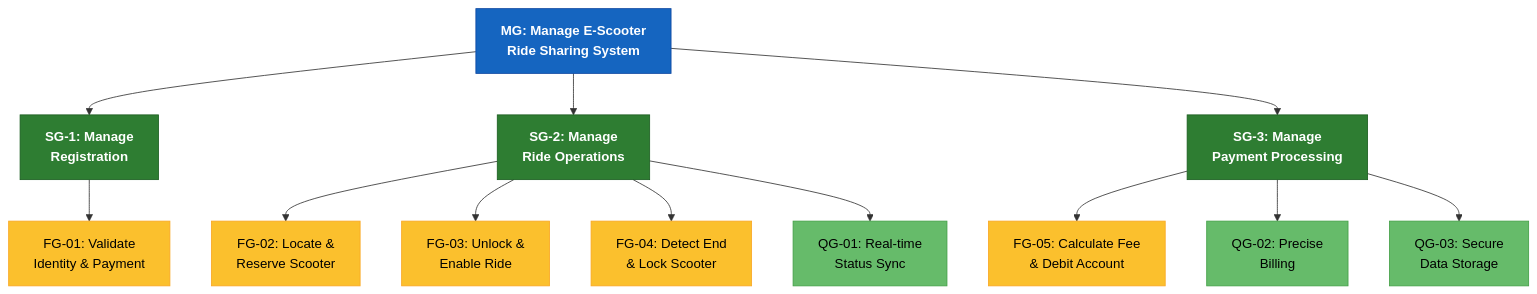
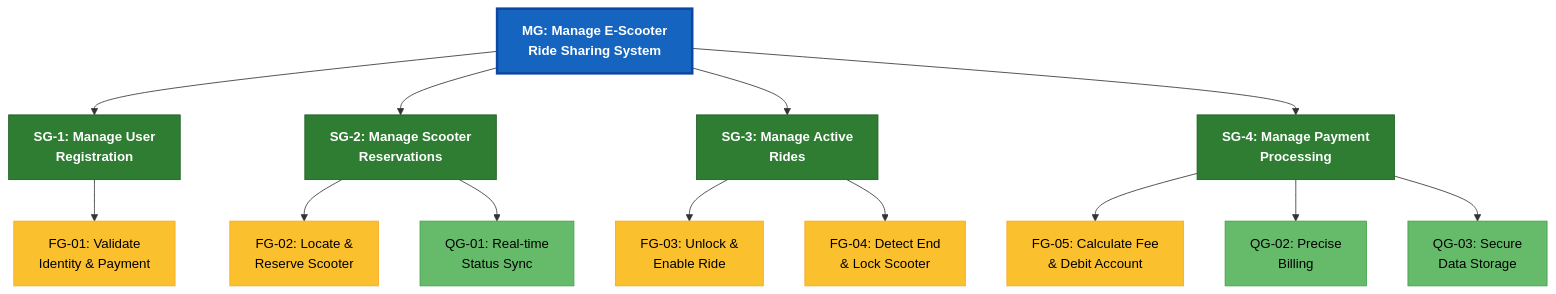
The diagram in Exercise_04/goal_diagram.mmd (Siddharthpatni/Requirment_Asssignment), drawn with Mermaid before and after one commit. The commit also changed 32 other files, not shown here.

```diff
--- a/Exercise_04/goal_diagram.mmd
+++ b/Exercise_04/goal_diagram.mmd
@@ -1,42 +1,45 @@
 graph TD
     MG["<b>MG: Manage E-Scooter<br/>Ride Sharing System</b>"]
     
-    SG1["<b>SG-1: Manage<br/>Registration</b>"]
-    SG2["<b>SG-2: Manage<br/>Ride Operations</b>"]
-    SG3["<b>SG-3: Manage<br/>Payment Processing</b>"]
+    SG1["<b>SG-1: Manage User<br/>Registration</b>"]
+    SG2["<b>SG-2: Manage Scooter<br/>Reservations</b>"]
+    SG3["<b>SG-3: Manage Active<br/>Rides</b>"]
+    SG4["<b>SG-4: Manage Payment<br/>Processing</b>"]
     
     FG01["FG-01: Validate<br/>Identity & Payment"]
     FG02["FG-02: Locate &<br/>Reserve Scooter"]
     FG03["FG-03: Unlock &<br/>Enable Ride"]
     FG04["FG-04: Detect End<br/>& Lock Scooter"]
     FG05["FG-05: Calculate Fee<br/>& Debit Account"]
     
     QG01["QG-01: Real-time<br/>Status Sync"]
     QG02["QG-02: Precise<br/>Billing"]
     QG03["QG-03: Secure<br/>Data Storage"]
     
     MG --> SG1
     MG --> SG2
     MG --> SG3
+    MG --> SG4
     
     SG1 --> FG01
     SG2 --> FG02
-    SG2 --> FG03
-    SG2 --> FG04
     SG2 --> QG01
-    SG3 --> FG05
-    SG3 --> QG02
-    SG3 --> QG03
+    SG3 --> FG03
+    SG3 --> FG04
+    SG4 --> FG05
+    SG4 --> QG02
+    SG4 --> QG03
     
-    style MG fill:#1565c0,stroke:#0d47a1,color:#fff
+    style MG fill:#1565c0,stroke:#0d47a1,color:#fff,stroke-width:3px
     style SG1 fill:#2e7d32,stroke:#1b5e20,color:#fff
     style SG2 fill:#2e7d32,stroke:#1b5e20,color:#fff
     style SG3 fill:#2e7d32,stroke:#1b5e20,color:#fff
+    style SG4 fill:#2e7d32,stroke:#1b5e20,color:#fff
     style FG01 fill:#fbc02d,stroke:#f9a825,color:#000
     style FG02 fill:#fbc02d,stroke:#f9a825,color:#000
     style FG03 fill:#fbc02d,stroke:#f9a825,color:#000
     style FG04 fill:#fbc02d,stroke:#f9a825,color:#000
     style FG05 fill:#fbc02d,stroke:#f9a825,color:#000
     style QG01 fill:#66bb6a,stroke:#43a047,color:#000
     style QG02 fill:#66bb6a,stroke:#43a047,color:#000
     style QG03 fill:#66bb6a,stroke:#43a047,color:#000
```
